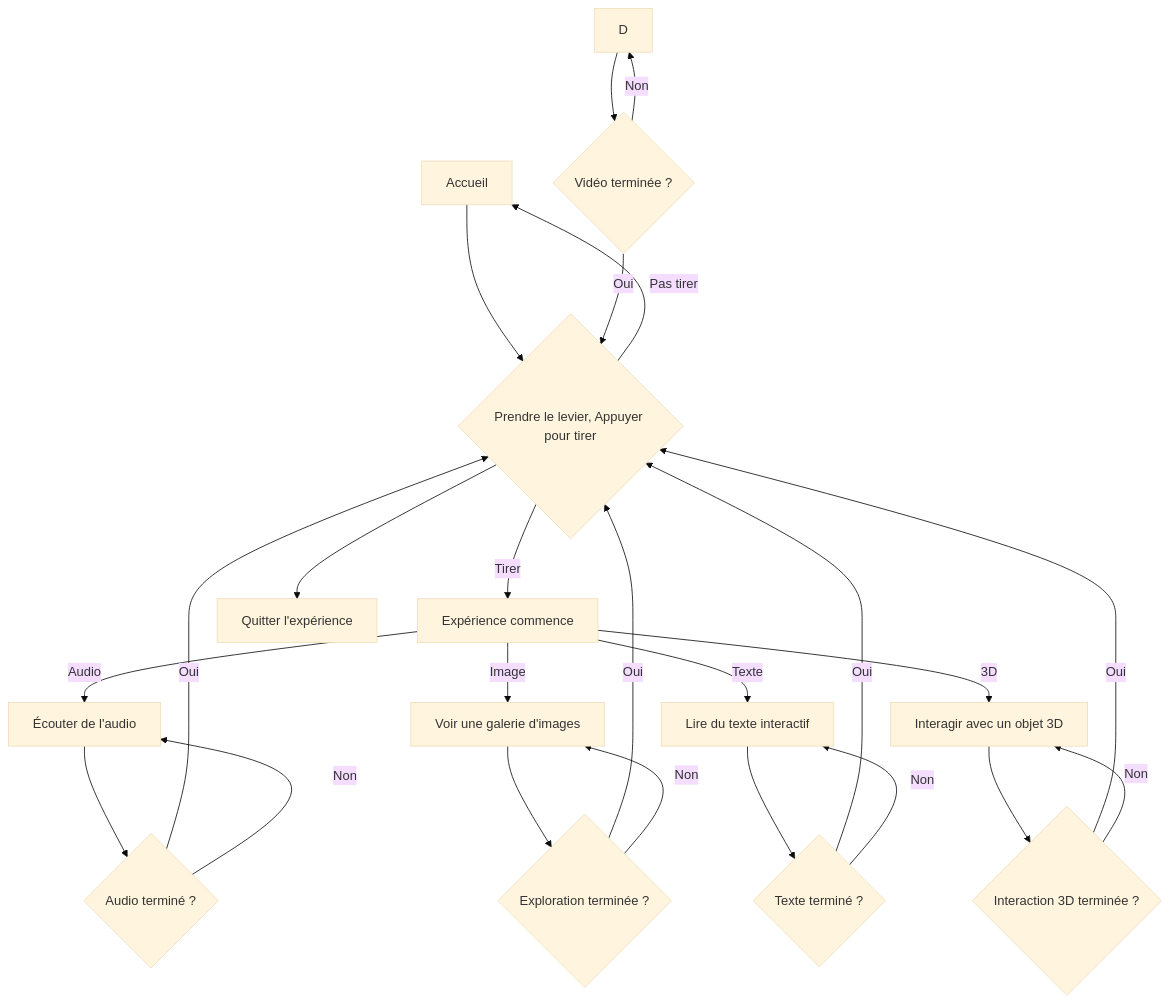
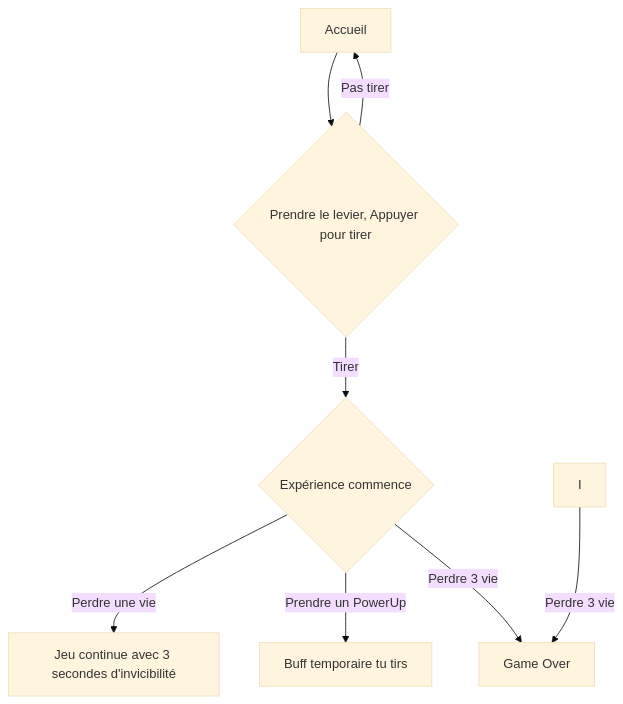
Before and after one commit to IsaacFaf/Fafard_Isaac_scenarisation: the diagram in mermaid/README.md, drawn with Mermaid (base theme).

````diff
--- a/mermaid/README.md
+++ b/mermaid/README.md
@@ -4,34 +4,24 @@
 ```mermaid
 graph TD;
     A[Accueil] --> B{Prendre le levier, Appuyer pour tirer};
-    B -->|Tirer| C[Expérience commence];
+
+    B -->|Tirer| C;
+    B -->|Pas tirer| A;
+
+    C{Expérience commence};
+
+    C -->|Perdre une vie| E;
+    C -->|Prendre un PowerUp| F[Buff temporaire tu tirs];
+    C -->|Perdre 3 vie| H;
+
+    E[Jeu continue avec 3 secondes d'invicibilité];
+
+    I -->|Perdre 3 vie| H;
+
+
+    H[Game Over];
+
     
 
-    B -->|Pas tirer| A;
-    C -->|Audio| E[Écouter de l'audio];
-    C -->|Image| F[Voir une galerie d'images];
-    C -->|Texte| G[Lire du texte interactif];
-    C -->|3D| H[Interagir avec un objet 3D];
-
-    D --> I{Vidéo terminée ?};
-    I -->|Oui| B;
-    I -->|Non| D;
-
-    E --> J{Audio terminé ?};
-    J -->|Oui| B;
-    J -->|Non| E;
-
-    F --> K{Exploration terminée ?};
-    K -->|Oui| B;
-    K -->|Non| F;
-
-    G --> L{Texte terminé ?};
-    L -->|Oui| B;
-    L -->|Non| G;
-
-    H --> M{Interaction 3D terminée ?};
-    M -->|Oui| B;
-    M -->|Non| H;
-
-    B --> N[Quitter l'expérience];
+    
 ```
````
